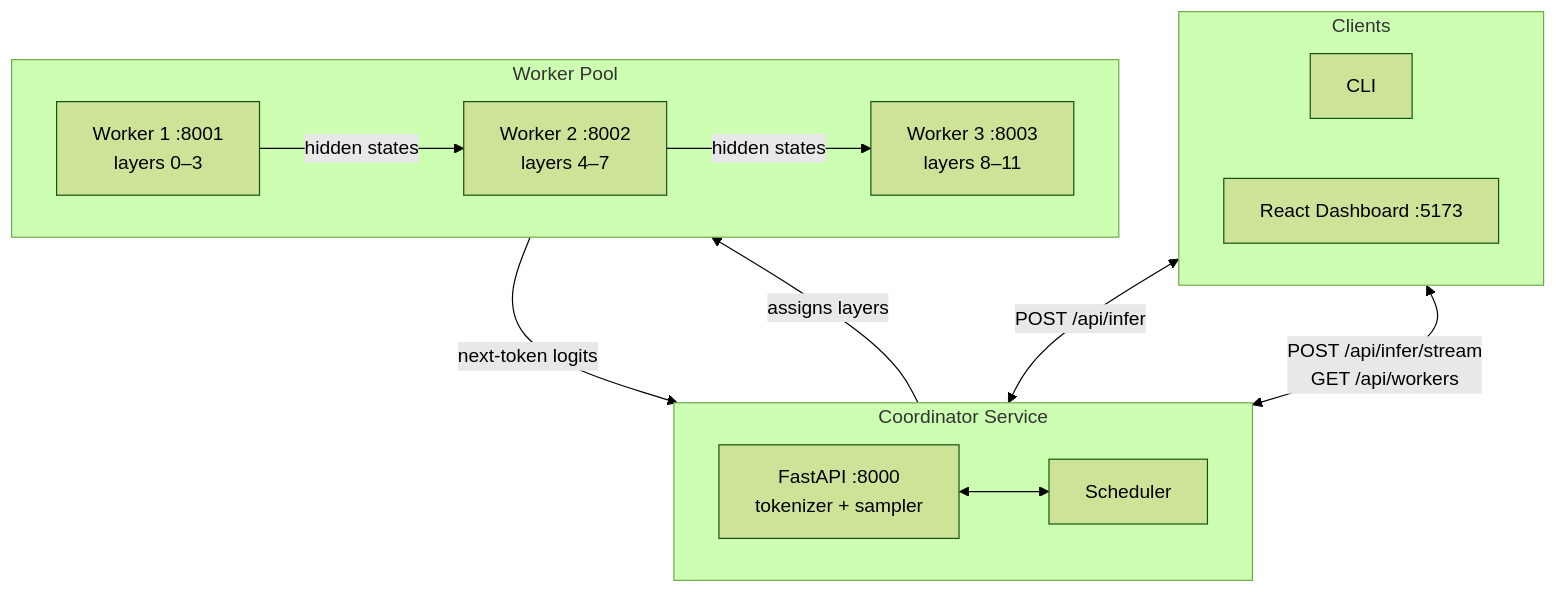
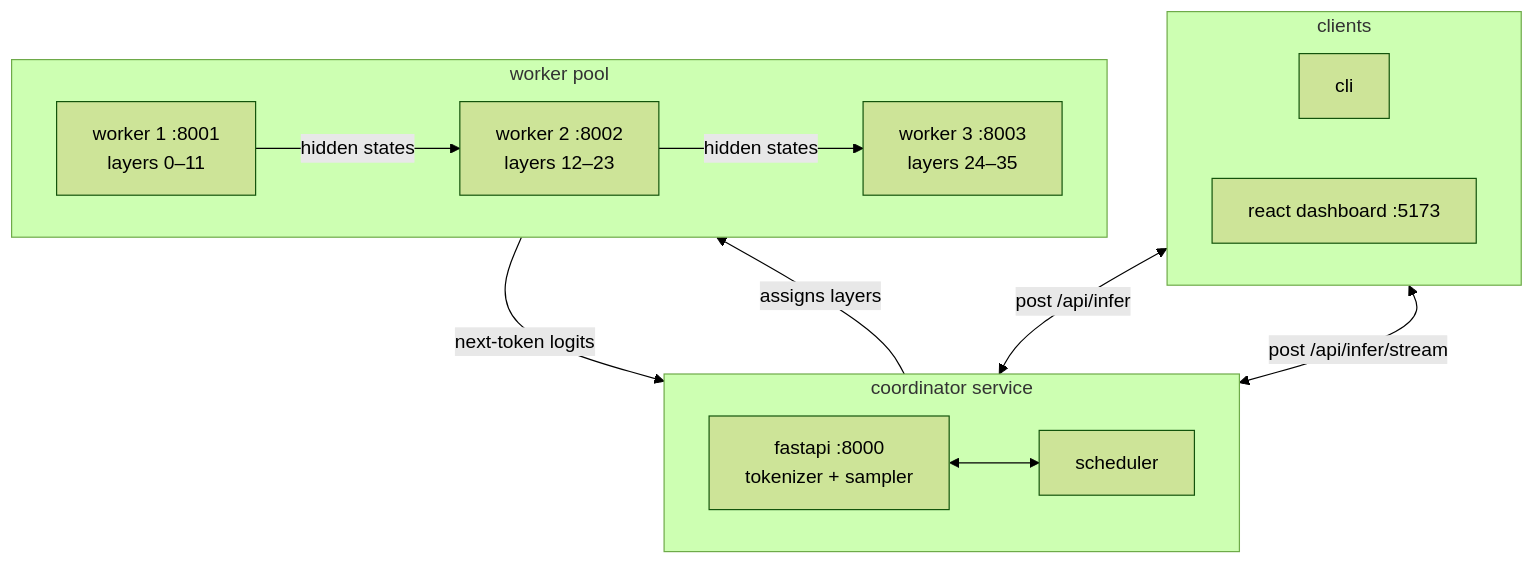
Before and after one commit to Nixxx19/lattice9: the first of 4 diagrams in README.md, drawn with Mermaid (forest theme). The commit also changed other lines of this file, not shown here.

Commit message:
readme: lowercase, sequence + sharding + recovery diagrams

````diff
--- a/README.md
+++ b/README.md
@@ -20,30 +25,30 @@
 ```mermaid
 flowchart TB
-    subgraph Clients
+    subgraph clients
         direction LR
-        CLI[CLI]
-        Dashboard[React Dashboard :5173]
+        cli[cli]
+        dashboard[react dashboard :5173]
     end
 
-    subgraph CoordSvc["Coordinator Service"]
+    subgraph coordsvc["coordinator service"]
         direction LR
-        Coordinator["FastAPI :8000<br/>tokenizer + sampler"]
-        Scheduler[Scheduler]
-        Coordinator <--> Scheduler
+        coordinator["fastapi :8000<br/>tokenizer + sampler"]
+        scheduler[scheduler]
+        coordinator <--> scheduler
     end
 
-    subgraph Pool["Worker Pool"]
+    subgraph pool["worker pool"]
         direction LR
-        Worker1["Worker 1 :8001<br/>layers 0–3"]
-        Worker2["Worker 2 :8002<br/>layers 4–7"]
-        Worker3["Worker 3 :8003<br/>layers 8–11"]
+        worker1["worker 1 :8001<br/>layers 0–11"]
+        worker2["worker 2 :8002<br/>layers 12–23"]
+        worker3["worker 3 :8003<br/>layers 24–35"]
     end
 
-    CLI <-->|"POST /api/infer"| Coordinator
-    Dashboard <-->|"POST /api/infer/stream<br/>GET /api/workers"| Coordinator
+    cli <-->|"post /api/infer"| coordinator
+    dashboard <-->|"post /api/infer/stream"| coordinator
 
-    Scheduler -->|assigns layers| Worker1
-    Worker1 -->|hidden states| Worker2
-    Worker2 -->|hidden states| Worker3
-    Worker3 -->|next-token logits| Coordinator
+    scheduler -->|assigns layers| worker1
+    worker1 -->|hidden states| worker2
+    worker2 -->|hidden states| worker3
+    worker3 -->|next-token logits| coordinator
 ```
````
